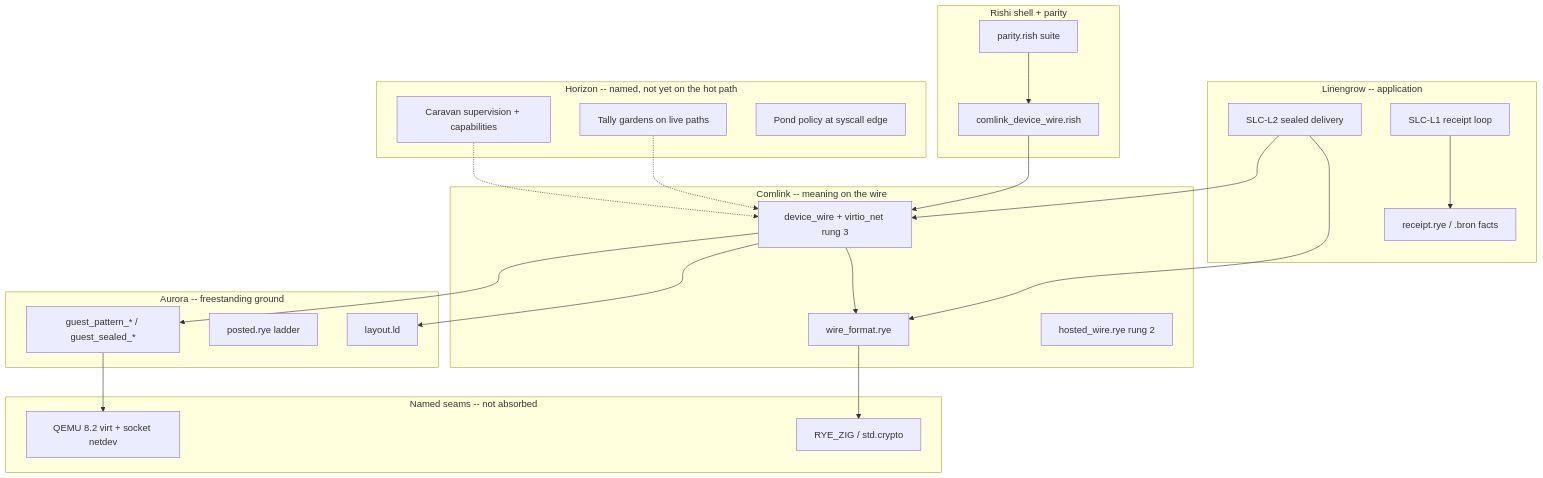
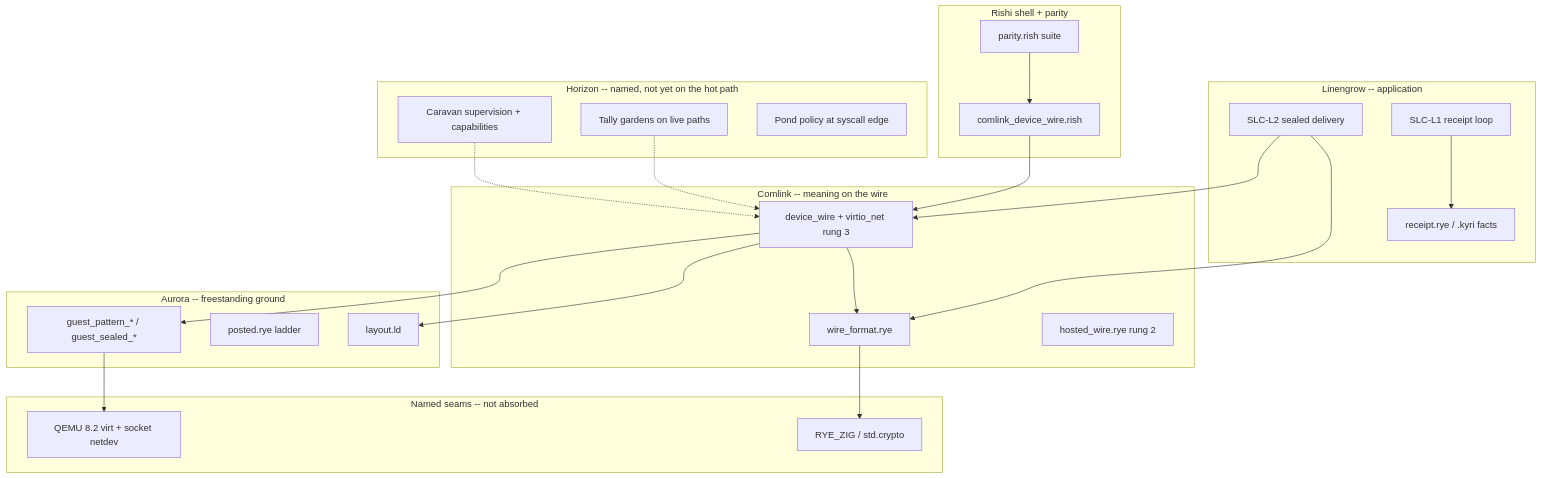
Before and after one commit to xykj61/grain: the diagram in external-research/20260705-235412_device-wire-dependencies-down-to-caravan-tally.md, drawn with Mermaid. The commit also changed other lines of this file and 4900 other files, not shown here.

First line of the commit message:
breach: molt every .bron file and Bron reference to Kyri

````diff
--- a/external-research/20260705-235412_device-wire-dependencies-down-to-caravan-tally.md
+++ b/external-research/20260705-235412_device-wire-dependencies-down-to-caravan-tally.md
@@ -33,49 +33,49 @@
 ```mermaid
 flowchart TB
   subgraph app [Linengrow -- application]
     SLC2[SLC-L2 sealed delivery]
     SLC1[SLC-L1 receipt loop]
-    Receipt[receipt.rye / .bron facts]
+    Receipt[receipt.rye / .kyri facts]
   end
 
   subgraph comlink [Comlink -- meaning on the wire]
     WF[wire_format.rye]
     HW[hosted_wire.rye rung 2]
     DW[device_wire + virtio_net rung 3]
   end
 
   subgraph boot [Aurora -- freestanding ground]
     Layout[layout.ld]
     Posted[posted.rye ladder]
     Guests[guest_pattern_* / guest_sealed_*]
   end
 
   subgraph shell [Rishi shell + parity]
     Witness[comlink_device_wire.rish]
     Parity[parity.rish suite]
   end
 
   subgraph host [Named seams -- not absorbed]
     QEMU[QEMU 8.2 virt + socket netdev]
     Zig[RYE_ZIG / std.crypto]
   end
 
   subgraph horizon [Horizon -- named, not yet on the hot path]
     Caravan[Caravan supervision + capabilities]
     Tally[Tally gardens on live paths]
     Pond[Pond policy at syscall edge]
   end
 
   SLC2 --> WF
   SLC2 --> DW
   SLC1 --> Receipt
   DW --> WF
   DW --> Layout
   DW --> Guests
   Guests --> QEMU
   WF --> Zig
   Witness --> DW
   Parity --> Witness
   Caravan -.-> DW
   Tally -.-> DW
 ```
````
